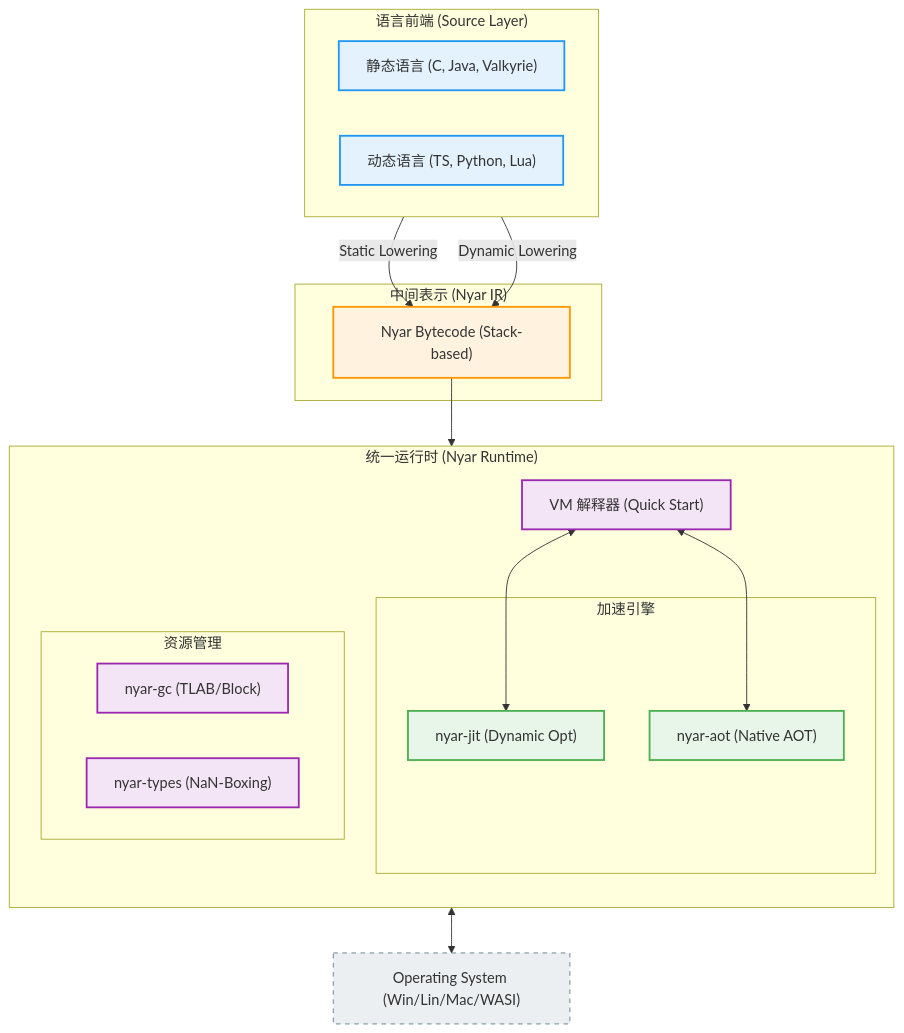
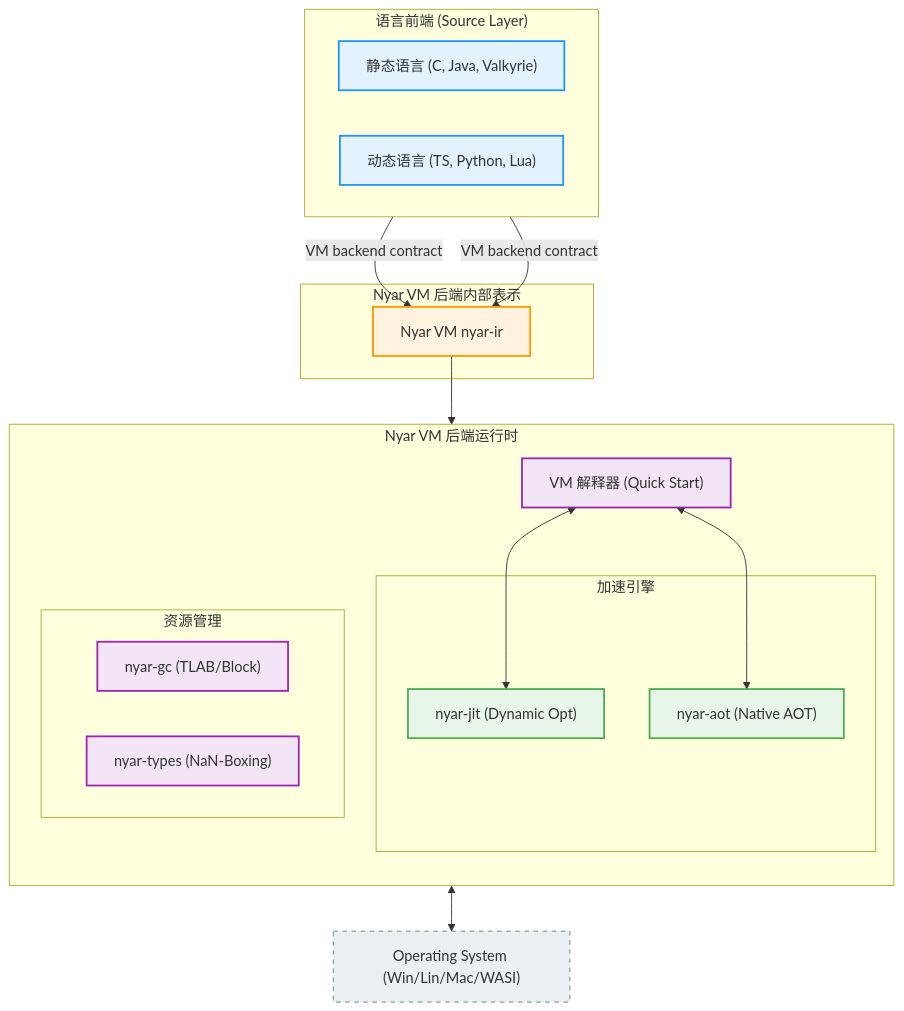
One commit to nyar-vm/nyar-vm changed the first of 6 diagrams in readme.md. Above: the diagram before and after it, drawn with Mermaid. The commit also changed other lines of this file and 26 other files, not shown here.

````diff
--- a/readme.md
+++ b/readme.md
@@ -15,42 +14,42 @@
 ```mermaid
 graph TD
     %% Global Styles
     classDef frontend fill:#e3f2fd,stroke:#2196f3,stroke-width:2px;
     classDef ir fill:#fff3e0,stroke:#ff9800,stroke-width:2px;
     classDef runtime fill:#f3e5f5,stroke:#9c27b0,stroke-width:2px;
     classDef engine fill:#e8f5e9,stroke:#4caf50,stroke-width:2px;
     classDef os fill:#eceff1,stroke:#607d8b,stroke-dasharray: 5 5;
 
     subgraph Frontends ["语言前端 (Source Layer)"]
         direction LR
         SL["静态语言 (C, Java, Valkyrie)"]:::frontend
         DL["动态语言 (TS, Python, Lua)"]:::frontend
     end
 
-    subgraph IR_Layer ["中间表示 (Nyar IR)"]
-        IR["Nyar Bytecode (Stack-based)"]:::ir
+    subgraph IR_Layer ["Nyar VM 后端内部表示"]
+        IR["Nyar VM nyar-ir"]:::ir
     end
 
-    subgraph Runtime ["统一运行时 (Nyar Runtime)"]
+    subgraph Runtime ["Nyar VM 后端运行时"]
         direction TB
         VM["VM 解释器 (Quick Start)"]:::runtime
         
         subgraph Acceleration ["加速引擎"]
             JIT["nyar-jit (Dynamic Opt)"]:::engine
             AOT["nyar-aot (Native AOT)"]:::engine
         end
         
         subgraph Management ["资源管理"]
             GC["nyar-gc (TLAB/Block)"]:::runtime
             Types["nyar-types (NaN-Boxing)"]:::runtime
         end
     end
 
-    SL -->|Static Lowering| IR
-    DL -->|Dynamic Lowering| IR
+    SL -->|VM backend contract| IR
+    DL -->|VM backend contract| IR
     IR --> VM
     VM <--> JIT
     VM <--> AOT
     Runtime <--> OS["Operating System (Win/Lin/Mac/WASI)"]:::os
 
 ```
````
